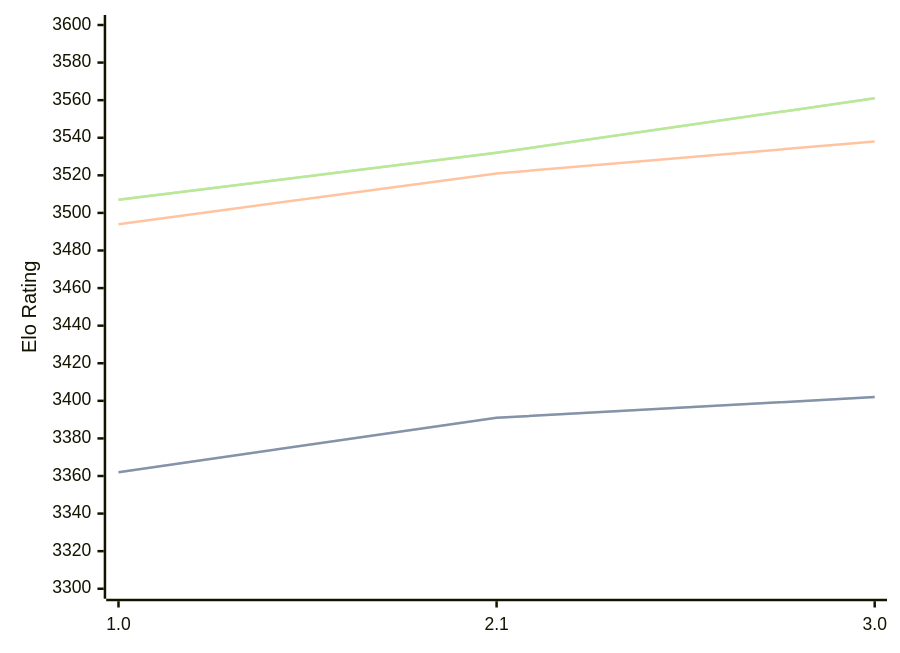
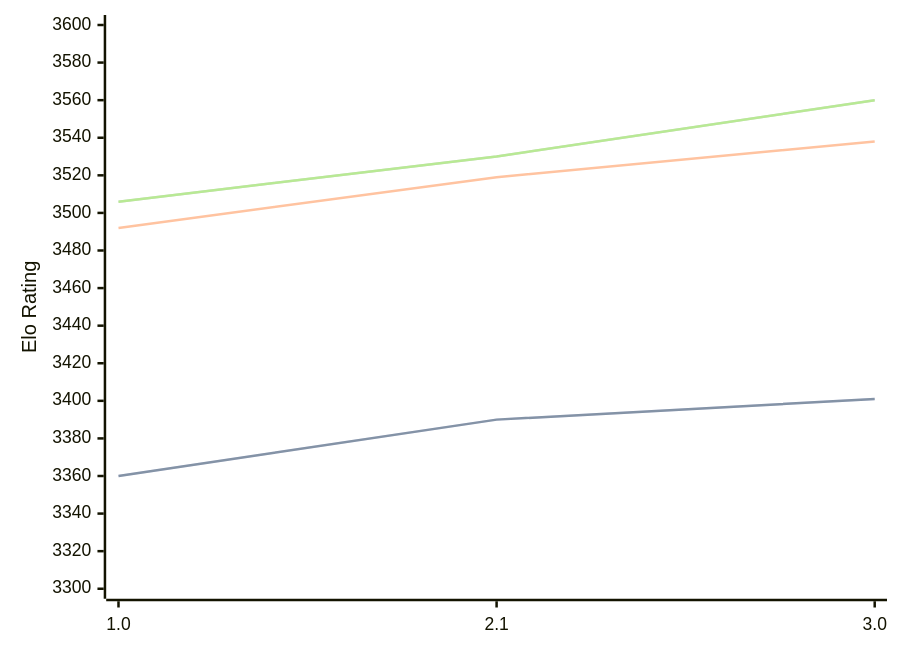
One commit to computer-chess-index/cci changed the diagram in engines/Hobbes.md. Above: the diagram before and after it, drawn with Mermaid. The commit also changed other lines of this file, not shown here.

Commit message:
Update CCI Ratings (ELO VLTC) - 2026-08-04

````diff
--- a/engines/Hobbes.md
+++ b/engines/Hobbes.md
@@ -34,11 +34,11 @@
 ```mermaid
 %%{init: {"theme":"base","themeVariables":{"seriesColors:['#a3a3a3','#222221','#faa371']}}}%%
 xychart-beta
   x-axis ["1.0", "2.1", "3.0"]
   y-axis "Elo Rating" 3300 --> 3600
-  line "STC (8.0+0.08s)" [3362, 3391, 3402]
-  line "STC (8.0+0.08s)" [3362, 3391, 3402]
-  line "LTC (60.0+0.60s)" [3494, 3521, 3538]
-  line "VLTC (2m24s+1.12s)" [3507, 3532, 3561]
-  line "VLTC (2m24s+1.12s)" [3507, 3532, 3561]
+  line "STC (8.0+0.08s)" [3360, 3390, 3401]
+  line "STC (8.0+0.08s)" [3360, 3390, 3401]
+  line "LTC (60.0+0.60s)" [3492, 3519, 3538]
+  line "VLTC (2m24s+1.12s)" [3506, 3530, 3560]
+  line "VLTC (2m24s+1.12s)" [3506, 3530, 3560]
 ```
````
